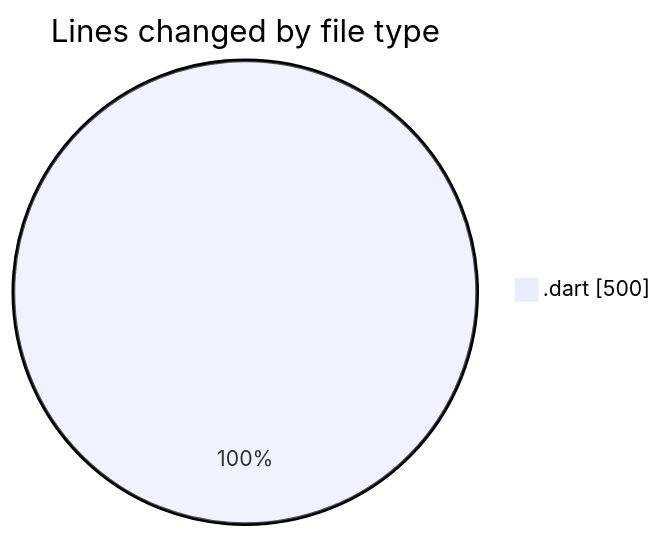
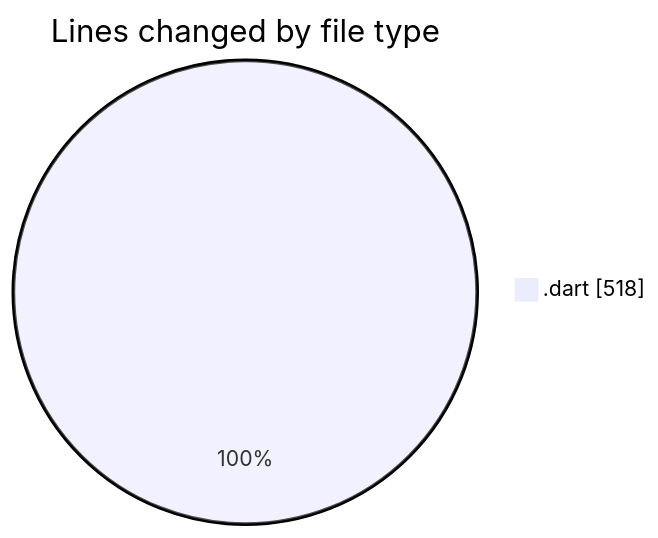
One commit to donsfak/code-tracking changed the first of 2 diagrams in 2025-03-25/wordle/README.md. Above: the diagram before and after it, drawn with Mermaid. The commit also changed other lines of this file and 1 other file, not shown here.

````diff
--- a/2025-03-25/wordle/README.md
+++ b/2025-03-25/wordle/README.md
@@ -27,5 +27,5 @@
 ```mermaid
 pie showData
 title Lines changed by file type
-".dart" : 500
+".dart" : 518
 ```
````
